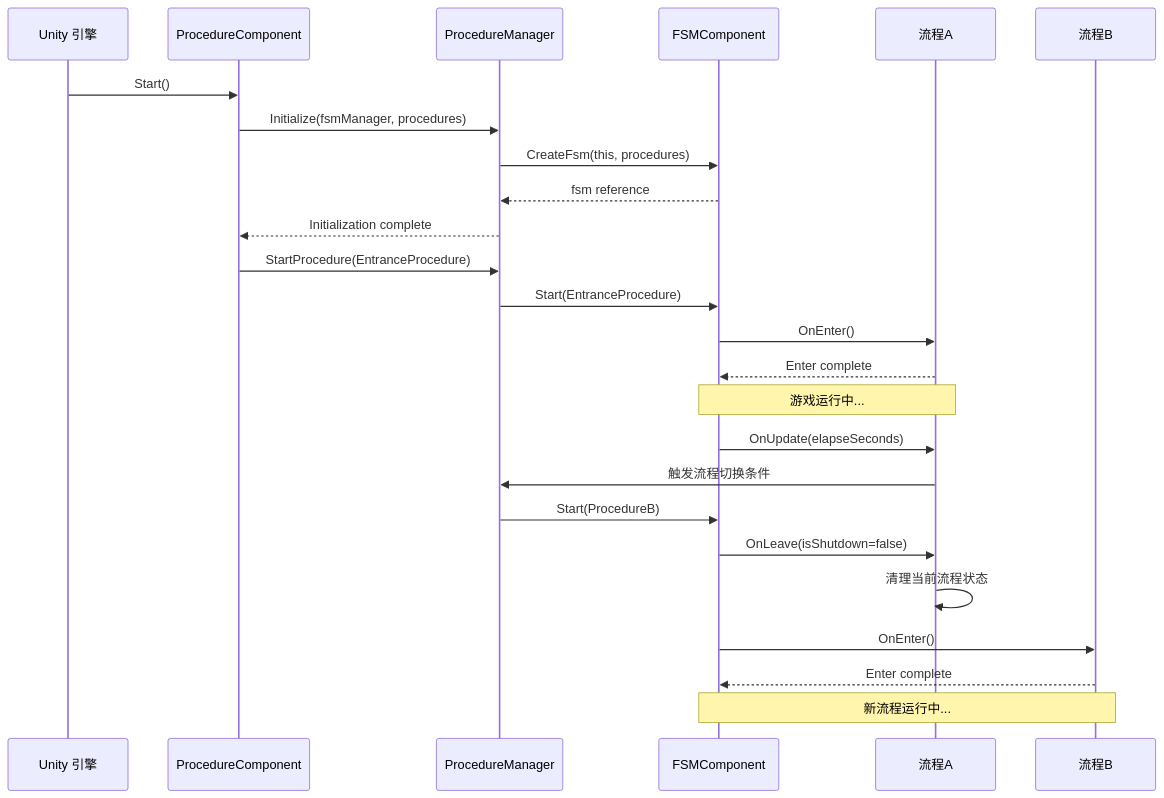
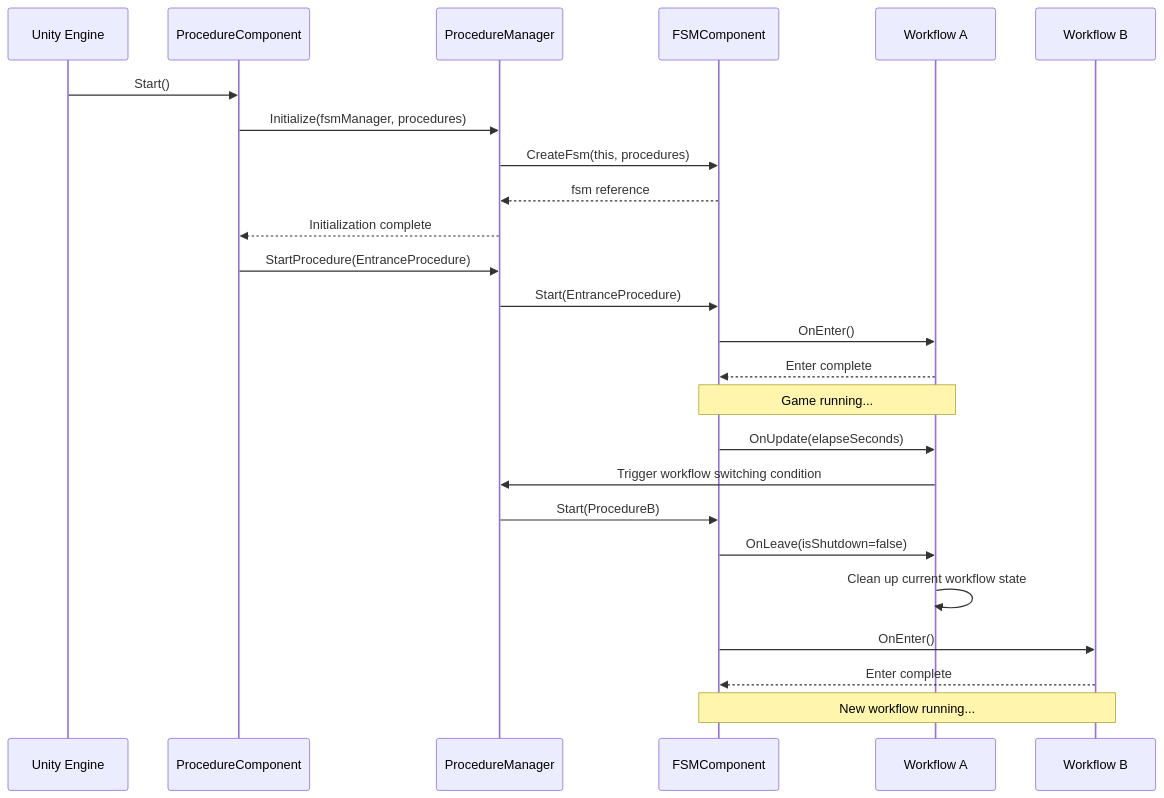
One commit to AlianBlank/GameFrameX.Docs changed the second of 2 diagrams in docs/en/client/unity/component/procedure/04.features.md. Above: the diagram before and after it, drawn with Mermaid. The commit also changed other lines of this file and 242 other files, not shown here.

````diff
--- a/docs/en/client/unity/component/procedure/04.features.md
+++ b/docs/en/client/unity/component/procedure/04.features.md
@@ -163,31 +163,31 @@
 ```mermaid
 sequenceDiagram
-    participant Unity as Unity 引擎
+    participant Unity as Unity Engine
     participant PC as ProcedureComponent
     participant PM as ProcedureManager
     participant FSM as FSMComponent
-    participant P1 as 流程A
-    participant P2 as 流程B
+    participant P1 as Workflow A
+    participant P2 as Workflow B
 
     Unity->>PC: Start()
     PC->>PM: Initialize(fsmManager, procedures)
     PM->>FSM: CreateFsm(this, procedures)
     FSM-->>PM: fsm reference
     PM-->>PC: Initialization complete
     PC->>PM: StartProcedure(EntranceProcedure)
     PM->>FSM: Start(EntranceProcedure)
     FSM->>P1: OnEnter()
     P1-->>FSM: Enter complete
-    
-    Note over P1, FSM: 游戏运行中...
-    
+
+    Note over P1, FSM: Game running...
+
     FSM->>P1: OnUpdate(elapseSeconds)
-    P1->>PM: 触发流程切换条件
+    P1->>PM: Trigger workflow switching condition
     PM->>FSM: Start(ProcedureB)
     FSM->>P1: OnLeave(isShutdown=false)
-    P1->>P1: 清理当前流程状态
+    P1->>P1: Clean up current workflow state
     FSM->>P2: OnEnter()
     P2-->>FSM: Enter complete
-    
-    Note over P2, FSM: 新流程运行中...
+
+    Note over P2, FSM: New workflow running...
 ```
````
